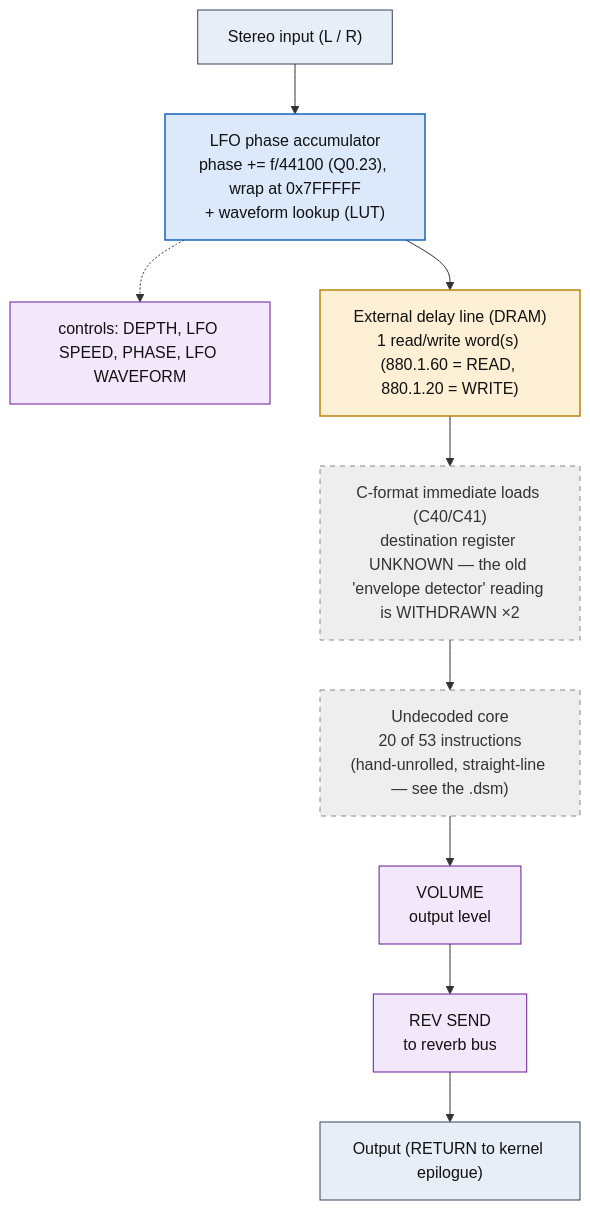
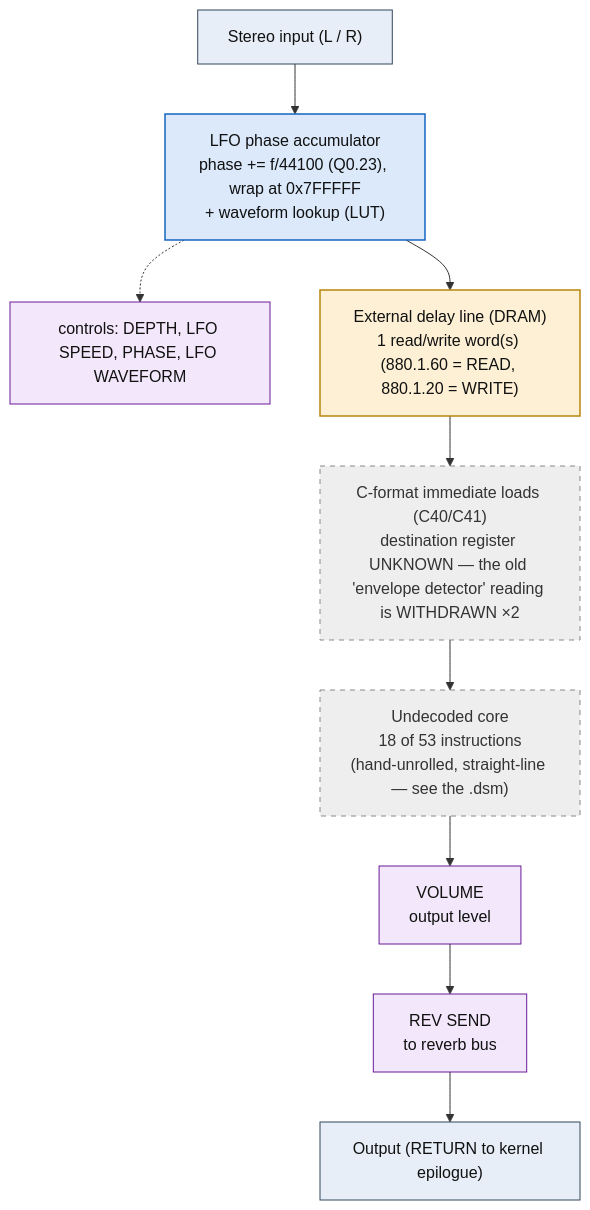
The diagram in dsp/flowcharts/prog50_vibrato.md (ArqueologiaDigital/kn5000-roms-disasm), drawn with Mermaid before and after one commit. The commit also changed other lines of this file and 63 other files, not shown here.

````diff
--- a/dsp/flowcharts/prog50_vibrato.md
+++ b/dsp/flowcharts/prog50_vibrato.md
@@ -12,32 +12,32 @@
 ```mermaid
 flowchart TD
     N0["Stereo input (L / R)"]
     N1["LFO phase accumulator<br/>phase += f/44100 (Q0.23), wrap at 0x7FFFFF<br/>+ waveform lookup (LUT)"]
     N0 --> N1
     N2["controls: DEPTH, LFO SPEED, PHASE, LFO WAVEFORM"]
     N1 -.-> N2
     N3["External delay line (DRAM)<br/>1 read/write word(s) (880.1.60 = READ, 880.1.20 = WRITE)"]
     N1 --> N3
     N4["C-format immediate loads (C40/C41)<br/>destination register UNKNOWN &mdash; the old 'envelope detector' reading is WITHDRAWN &times;2"]
     N3 --> N4
-    N5["Undecoded core<br/>20 of 53 instructions<br/>(hand-unrolled, straight-line &mdash; see the .dsm)"]
+    N5["Undecoded core<br/>18 of 53 instructions<br/>(hand-unrolled, straight-line &mdash; see the .dsm)"]
     N4 --> N5
     N6["VOLUME<br/>output level"]
     N5 --> N6
     N7["REV SEND<br/>to reverb bus"]
     N6 --> N7
     N8["Output (RETURN to kernel epilogue)"]
     N7 --> N8
 
     classDef io fill:#e8eef7,stroke:#33475b,stroke-width:1px,color:#111;
     classDef proven fill:#d7f0d7,stroke:#2e7d32,stroke-width:2px,color:#111;
     classDef measured fill:#dbe9fb,stroke:#1565c0,stroke-width:1.5px,color:#111;
     classDef inferred fill:#fdf0d5,stroke:#b8860b,stroke-width:1.5px,color:#111;
     classDef open fill:#eeeeee,stroke:#888,stroke-width:1px,color:#333,stroke-dasharray:5 5;
     classDef ctrl fill:#f3e8fb,stroke:#6a1b9a,stroke-width:1px,color:#111;
     class N0,N8 io;
     class N1 measured;
     class N2,N6,N7 ctrl;
     class N3 inferred;
     class N4,N5 open;
 ```
````
